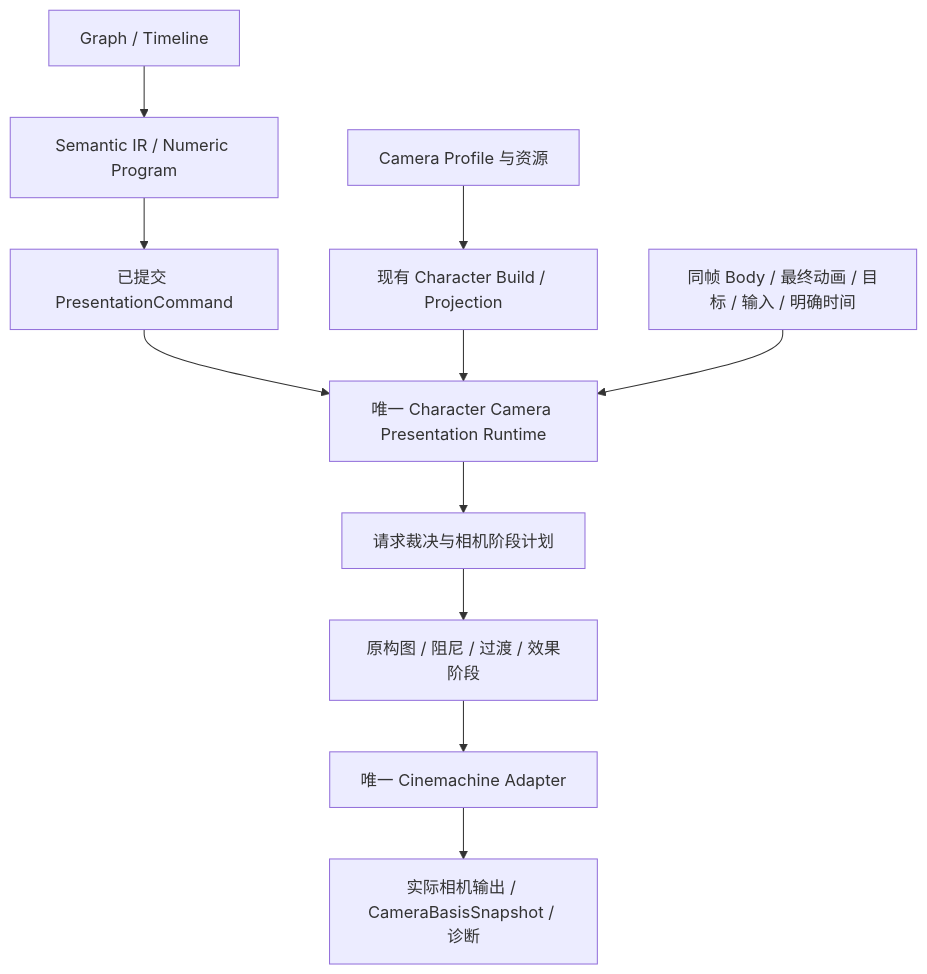
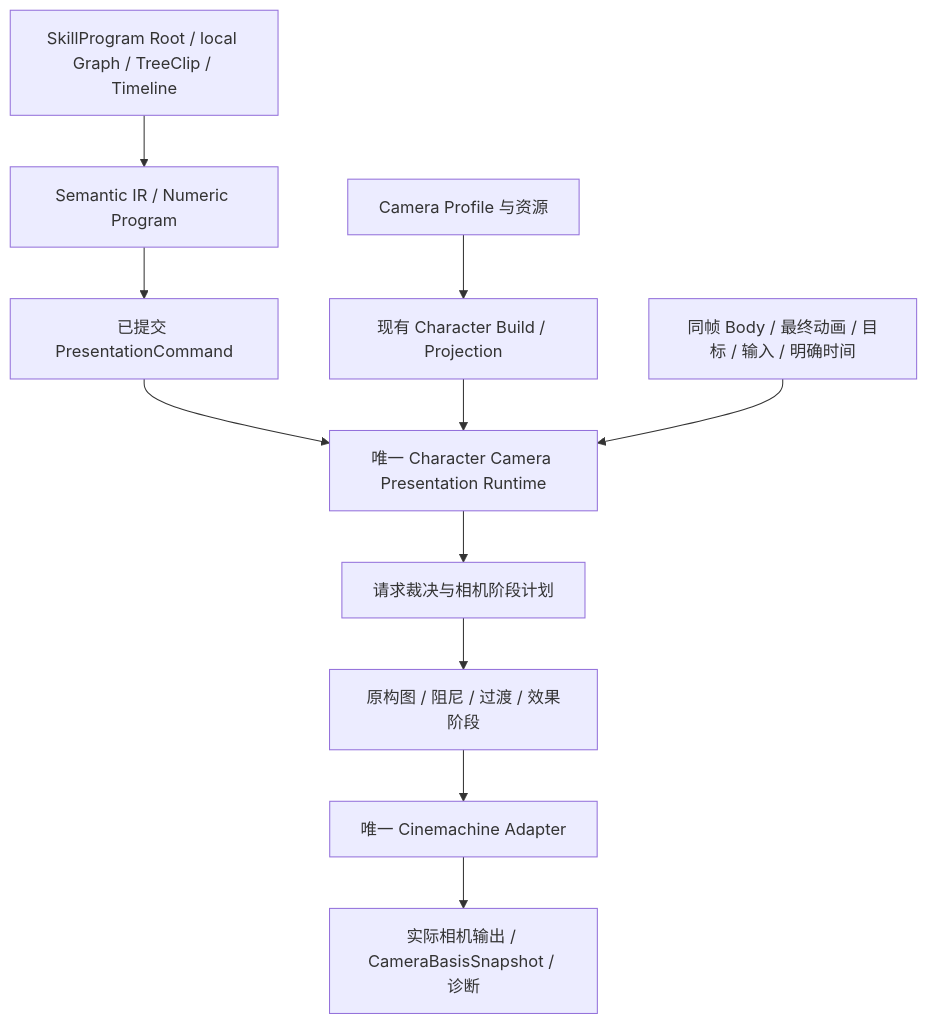
Before and after one commit to nikaakaa/3c: the diagram in openspec/changes/rebuild-character-camera-from-zzz/design.md, drawn with Mermaid. The commit also changed other lines of this file and 8 other files, not shown here.

````diff
--- a/openspec/changes/rebuild-character-camera-from-zzz/design.md
+++ b/openspec/changes/rebuild-character-camera-from-zzz/design.md
@@ -108,13 +116,13 @@
 ```mermaid
 flowchart TD
-    A[Graph / Timeline] --> B[Semantic IR / Numeric Program]
+    A[SkillProgram Root / local Graph / TreeClip / Timeline] --> B[Semantic IR / Numeric Program]
     B --> C[已提交 PresentationCommand]
     P[Camera Profile 与资源] --> Q[现有 Character Build / Projection]
     C --> R[唯一 Character Camera Presentation Runtime]
     Q --> R
     F[同帧 Body / 最终动画 / 目标 / 输入 / 明确时间] --> R
     R --> S[请求裁决与相机阶段计划]
     S --> T[原构图 / 阻尼 / 过渡 / 效果阶段]
     T --> U[唯一 Cinemachine Adapter]
     U --> V[实际相机输出 / CameraBasisSnapshot / 诊断]
 ```
````
